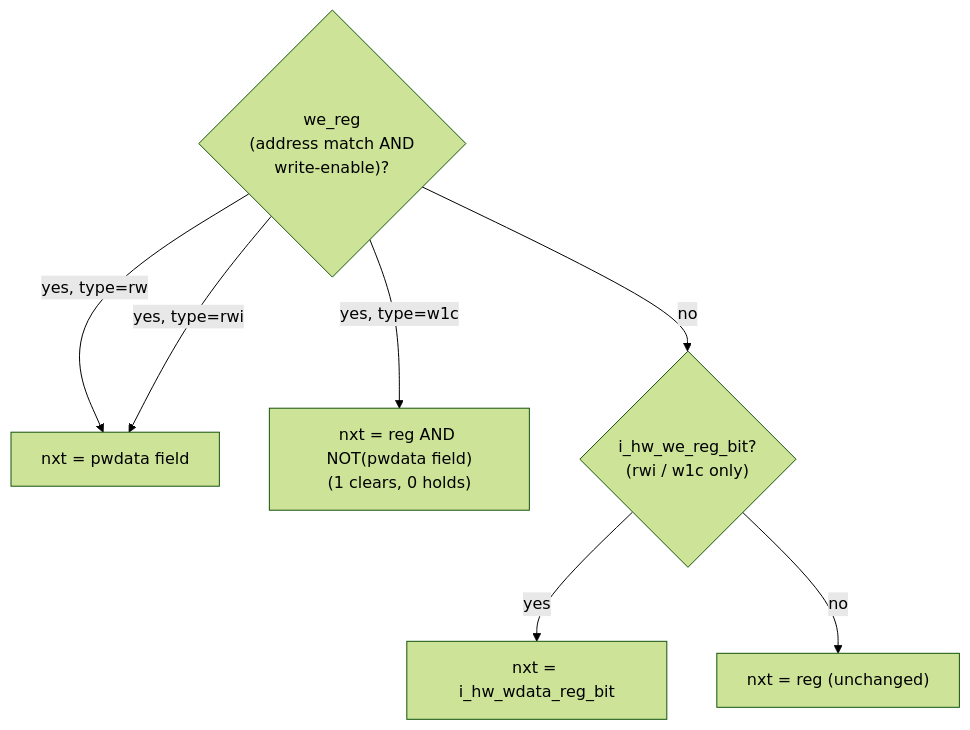
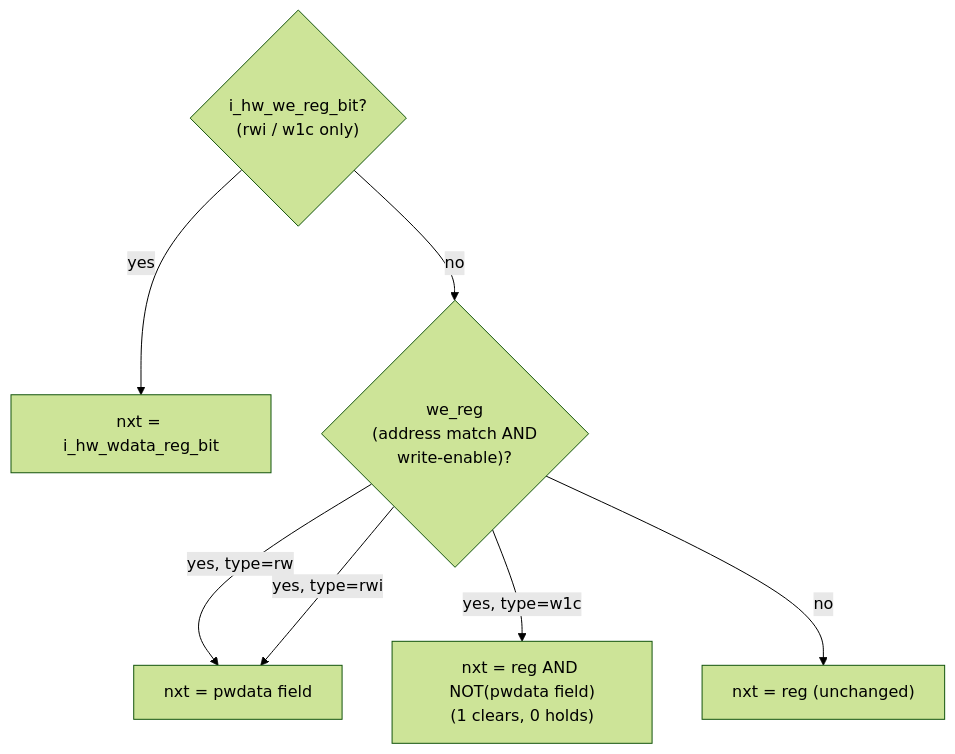
Before and after one commit to nguyenquanicd/APB-CSR-Generator: the third of 5 diagrams in README.md, drawn with Mermaid (forest theme). The commit also changed other lines of this file and 8 other files, not shown here.

````diff
--- a/README.md
+++ b/README.md
@@ -159,10 +159,10 @@
 ```mermaid
 flowchart TD
-    WE{"we_reg\n(address match AND\nwrite-enable)?"}
+    HWCHK{"i_hw_we_reg_bit?\n(rwi / w1c only)"}
+    HWCHK -->|"yes"| HWVAL["nxt = i_hw_wdata_reg_bit"]
+    HWCHK -->|"no"| WE{"we_reg\n(address match AND\nwrite-enable)?"}
     WE -->|"yes, type=rw"| SWVAL["nxt = pwdata field"]
     WE -->|"yes, type=rwi"| SWVAL
     WE -->|"yes, type=w1c"| CLR["nxt = reg AND NOT(pwdata field)\n(1 clears, 0 holds)"]
-    WE -->|"no"| HWCHK{"i_hw_we_reg_bit?\n(rwi / w1c only)"}
-    HWCHK -->|"yes"| HWVAL["nxt = i_hw_wdata_reg_bit"]
-    HWCHK -->|"no"| HOLD["nxt = reg (unchanged)"]
+    WE -->|"no"| HOLD["nxt = reg (unchanged)"]
 ```
````
